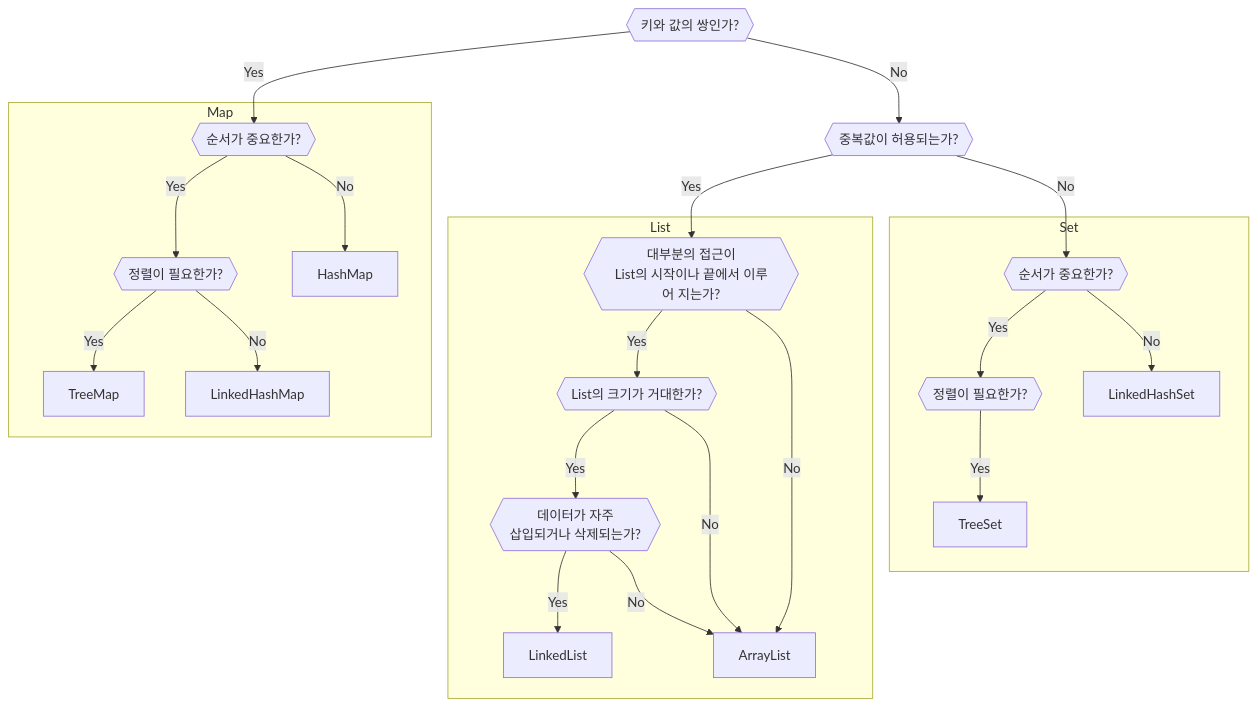
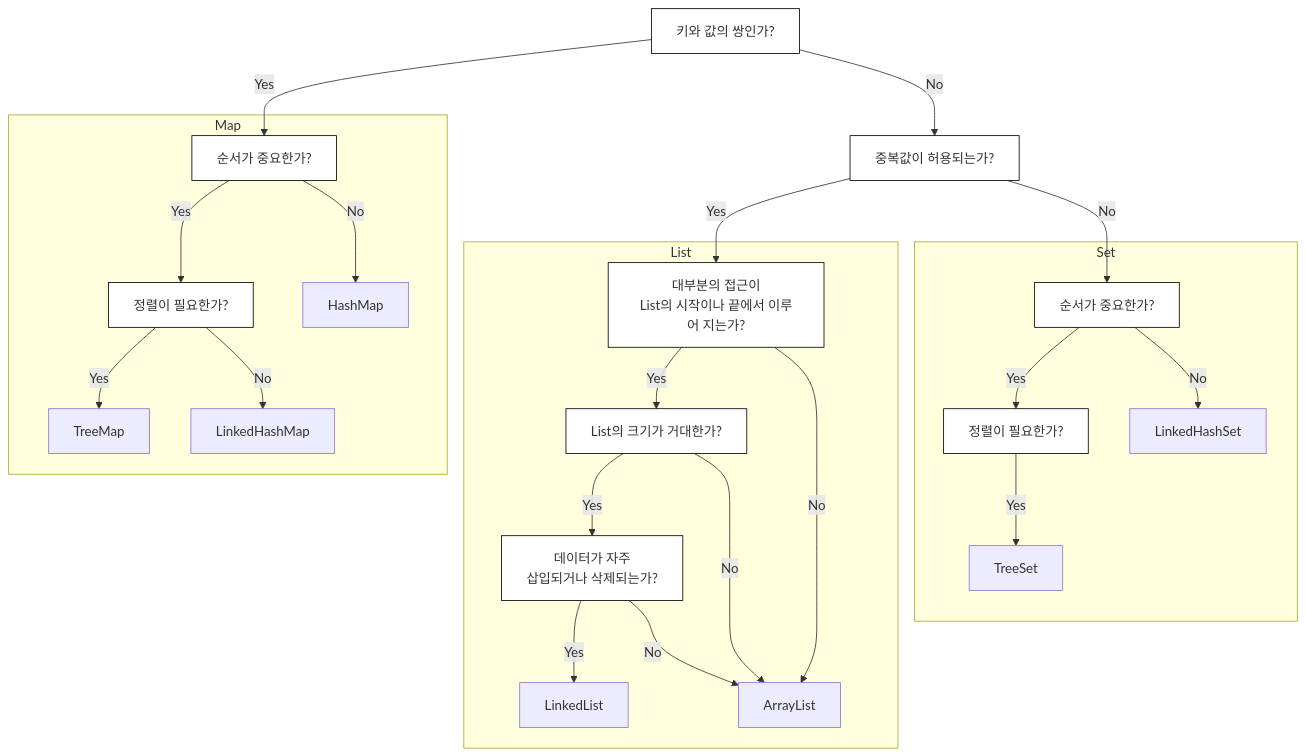
One commit to ihwaseok/ihwaseok.github.io changed the third of 3 diagrams in pages/mydoc/Joplin/Ⅰ.=프로그래밍=언어/01.=Java/1.=API/1)=Java=8/Ⅰ.=프로그래밍=언어_01.=Java_1.=API_1)=Java=8_자료구조.md. Above: the diagram before and after it, drawn with Mermaid. The commit also changed other lines of this file and 3 other files, not shown here.

Commit message:
add mermaid diagram

````diff
--- a/pages/mydoc/Joplin/Ⅰ.=프로그래밍=언어/01.=Java/1.=API/1)=Java=8/Ⅰ.=프로그래밍=언어_01.=Java_1.=API_1)=Java=8_자료구조.md
+++ b/pages/mydoc/Joplin/Ⅰ.=프로그래밍=언어/01.=Java/1.=API/1)=Java=8/Ⅰ.=프로그래밍=언어_01.=Java_1.=API_1)=Java=8_자료구조.md
@@ -55,28 +56,30 @@
 ```mermaid
 flowchart TD
-	id_1{{키와 값의 쌍인가?}} -- Yes --> id_2{{순서가 중요한가?}}
+	id_1[키와 값의 쌍인가?]:::question -- Yes --> id_2[순서가 중요한가?]:::question
 	subgraph Map
-	id_2 -- Yes --> id_3{{정렬이 필요한가?}}
+	id_2 -- Yes --> id_3[정렬이 필요한가?]:::question
 	id_2 -- No --> id_4[HashMap]
 	id_3 -- Yes --> id_5[TreeMap]
 	id_3 -- No --> id_6[LinkedHashMap]
 	end
 	
-	id_1 -- No --> id_7{{중복값이 허용되는가?}}
-	id_7 -- Yes --> id_10{{대부분의 접근이<br>List의 시작이나 끝에서 이루어 지는가?}}
+	id_1 -- No --> id_7[중복값이 허용되는가?]:::question
+	id_7 -- Yes --> id_10[대부분의 접근이<br>List의 시작이나 끝에서 이루어 지는가?]:::question
 	subgraph List
-	id_10 -- Yes --> id_11{{List의 크기가 거대한가?}}
+	id_10 -- Yes --> id_11[List의 크기가 거대한가?]:::question
 	id_10 -- No --> id_12[ArrayList]
-	id_11 -- Yes --> id_13{{데이터가 자주<br>삽입되거나 삭제되는가?}}
+	id_11 -- Yes --> id_13[데이터가 자주<br>삽입되거나 삭제되는가?]:::question
 	id_11 -- No --> id_12
 	id_13 -- Yes --> id_14[LinkedList]
 	id_13 -- No --> id_12
 	end
 	
-	id_7 -- No --> id_100{{순서가 중요한가?}}
+	id_7 -- No --> id_100[순서가 중요한가?]:::question
 	subgraph Set
-	id_100 -- Yes --> id_101{{정렬이 필요한가?}}
+	id_100 -- Yes --> id_101[정렬이 필요한가?]:::question
 	id_100 -- No --> id_102[LinkedHashSet]
 	id_101 -- Yes --> id_103[TreeSet]
 	end
+	
+	classDef question fill:white,stroke:black
 ```
````
